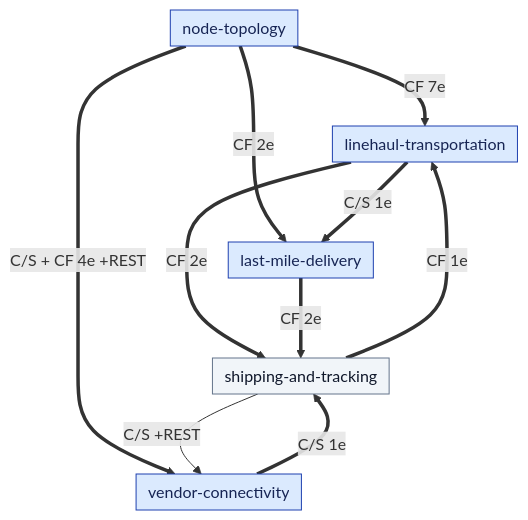
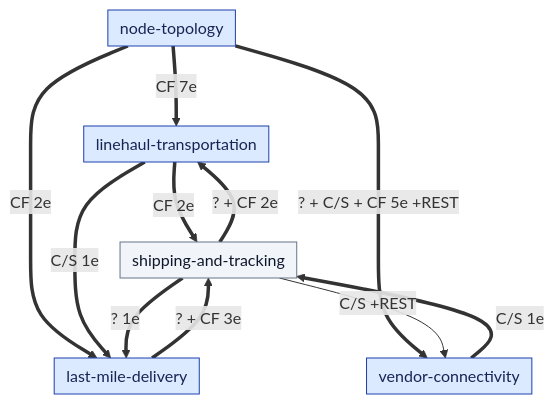
The third of 4 diagrams in docs/strategic-design/context-map.md (IQVO/warehouse-docs), drawn with Mermaid before and after one commit. The commit also changed other lines of this file and 2 other files, not shown here.

````diff
--- a/docs/strategic-design/context-map.md
+++ b/docs/strategic-design/context-map.md
@@ -91,22 +91,23 @@
 ```mermaid
 %%{init: {"flowchart": {"nodeSpacing": 22, "rankSpacing": 56, "padding": 6}}}%%
 flowchart TB
     classDef core fill:#1e3a8a,stroke:#1e3a8a,color:#fff
     classDef sup fill:#dbeafe,stroke:#1e40af,color:#172554
     classDef gen fill:#f1f5f9,stroke:#64748b,color:#0f172a
     classDef ext fill:#ffe3e3,stroke:#c92a2a,color:#000
     NT["node-topology"]:::sup
     LH["linehaul-transportation"]:::sup
     LM["last-mile-delivery"]:::sup
     ST["shipping-and-tracking"]:::gen
     VC["vendor-connectivity"]:::sup
     NT ==>|"CF 7e"| LH
     NT ==>|"CF 2e"| LM
-    NT ==>|"C/S + CF 4e +REST"| VC
+    NT ==>|"? + C/S + CF 5e +REST"| VC
     VC ==>|"C/S 1e"| ST
     LH ==>|"CF 2e"| ST
     LH ==>|"C/S 1e"| LM
-    LM ==>|"CF 2e"| ST
-    ST ==>|"CF 1e"| LH
+    LM ==>|"? + CF 3e"| ST
+    ST ==>|"? + CF 2e"| LH
+    ST ==>|"? 1e"| LM
     ST -->|"C/S +REST"| VC
 ```
````
